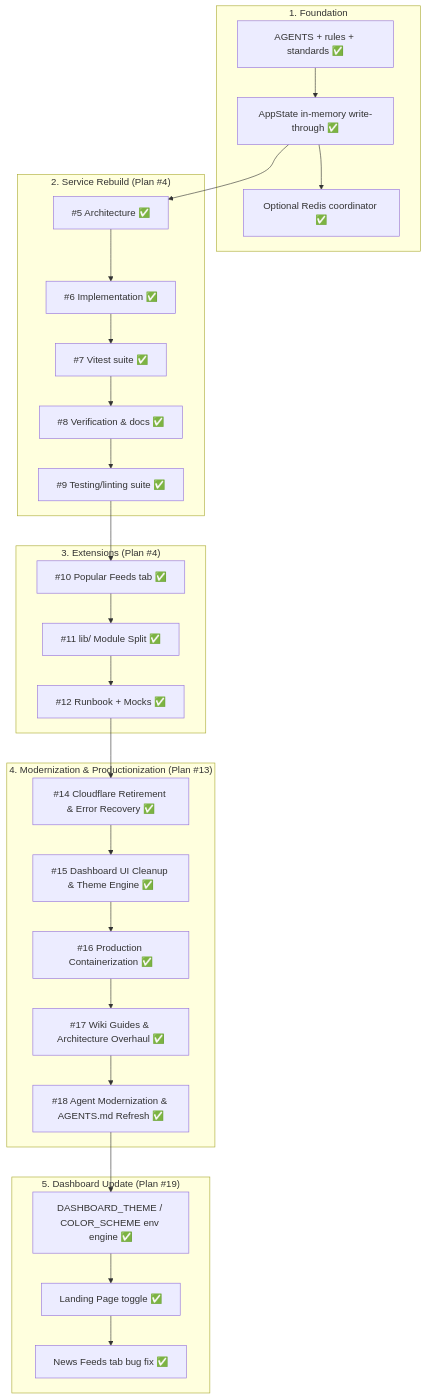
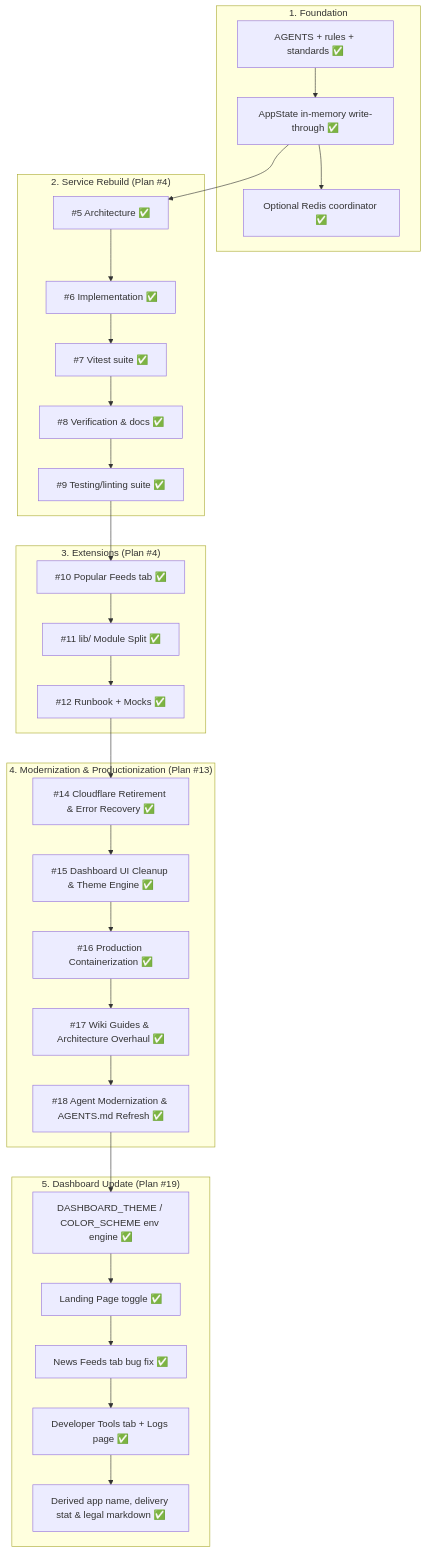
The diagram in .agents/plans/roadmap.md (HELIX-Origin/Discord-RSS), drawn with Mermaid before and after one commit. The commit also changed other lines of this file and 14 other files, not shown here.

First line of the commit message:
🔧 Developer Tools Tab, Service Logs & Derived App Name Fixes

````diff
--- a/.agents/plans/roadmap.md
+++ b/.agents/plans/roadmap.md
@@ -7,42 +7,44 @@
 ```mermaid
 flowchart TD
     subgraph Foundation ["1. Foundation"]
         P0["AGENTS + rules + standards ✅"]
         A["AppState in-memory write-through ✅"]
         R["Optional Redis coordinator ✅"]
     end
 
     subgraph Rebuild ["2. Service Rebuild (Plan #4)"]
         S1["#5 Architecture ✅"]
         S2["#6 Implementation ✅"]
         S3["#7 Vitest suite ✅"]
         S4["#8 Verification & docs ✅"]
         S5["#9 Testing/linting suite ✅"]
     end
 
     subgraph Extensions ["3. Extensions (Plan #4)"]
         S6["#10 Popular Feeds tab ✅"]
         S7["#11 lib/ Module Split ✅"]
         S8["#12 Runbook + Mocks ✅"]
     end
 
     subgraph Modernization ["4. Modernization & Productionization (Plan #13)"]
         M1["#14 Cloudflare Retirement & Error Recovery ✅"]
         M2["#15 Dashboard UI Cleanup & Theme Engine ✅"]
         M3["#16 Production Containerization ✅"]
         M4["#17 Wiki Guides & Architecture Overhaul ✅"]
         M5["#18 Agent Modernization & AGENTS.md Refresh ✅"]
     end
 
     subgraph Dashboard ["5. Dashboard Update (Plan #19)"]
         D1["DASHBOARD_THEME / COLOR_SCHEME env engine ✅"]
         D2["Landing Page toggle ✅"]
         D3["News Feeds tab bug fix ✅"]
+        D4["Developer Tools tab + Logs page ✅"]
+        D5["Derived app name, delivery stat & legal markdown ✅"]
     end
 
     P0 --> A --> S1 --> S2 --> S3 --> S4 --> S5
     A --> R
     S5 --> S6 --> S7 --> S8
     S8 --> M1 --> M2 --> M3 --> M4 --> M5
-    M5 --> D1 --> D2 --> D3
+    M5 --> D1 --> D2 --> D3 --> D4 --> D5
 ```
````
